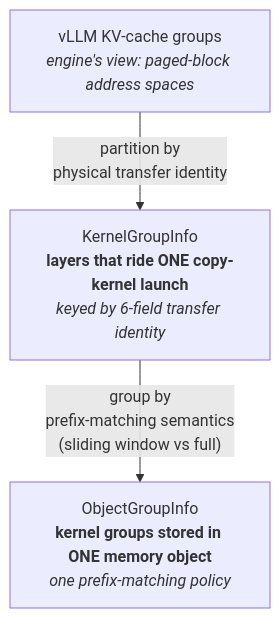
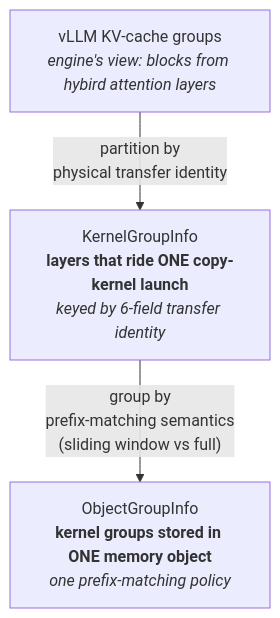
One commit to CharlesRiggins/CharlesRiggins.github.io changed the third of 5 diagrams in content/posts/cache-and-compress.md. Above: the diagram before and after it, drawn with Mermaid. The commit also changed other lines of this file, not shown here.

Commit message:
update cache and compress 2/n

````diff
--- a/content/posts/cache-and-compress.md
+++ b/content/posts/cache-and-compress.md
@@ -138,8 +167,8 @@
 ```mermaid
 flowchart TD
-  A["vLLM KV-cache groups<br/><i>engine's view: paged-block address spaces</i>"]
+  A["vLLM KV-cache groups<br/><i>engine's view: blocks from hybird attention layers</i>"]
   B["KernelGroupInfo<br/><b>layers that ride ONE copy-kernel launch</b><br/><i>keyed by 6-field transfer identity</i>"]
   C["ObjectGroupInfo<br/><b>kernel groups stored in ONE memory object</b><br/><i>one prefix-matching policy</i>"]
   A -->|"partition by<br/>physical transfer identity"| B
   B -->|"group by<br/>prefix-matching semantics<br/>(sliding window vs full)"| C
 ```
````
